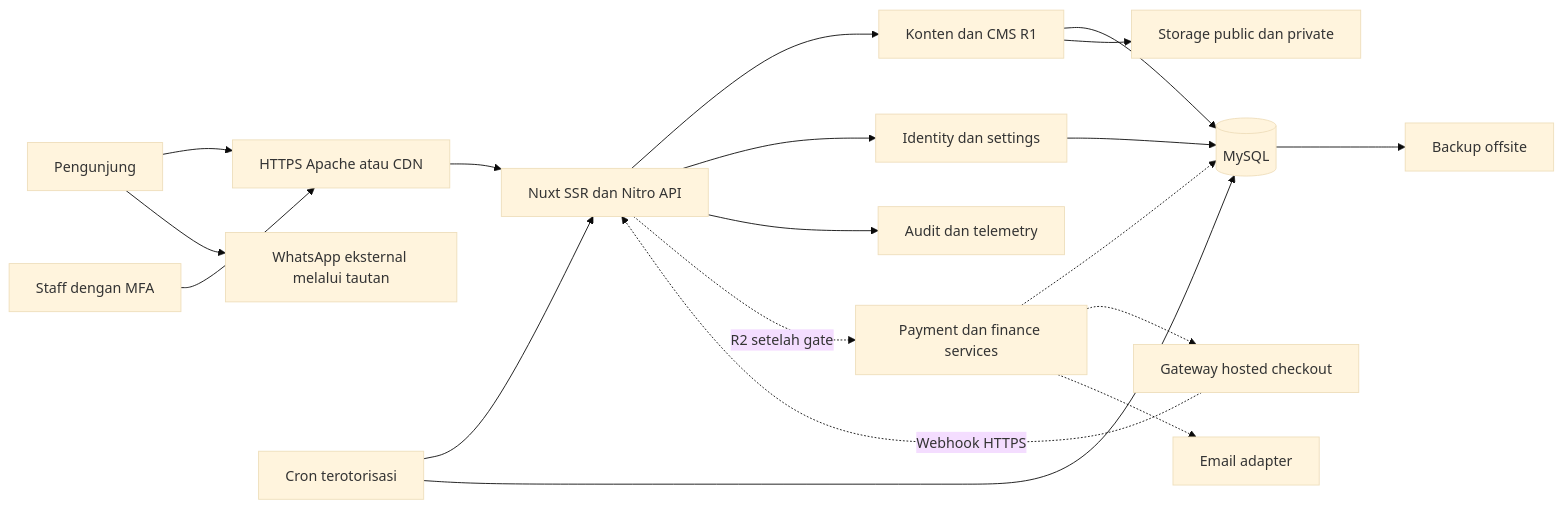
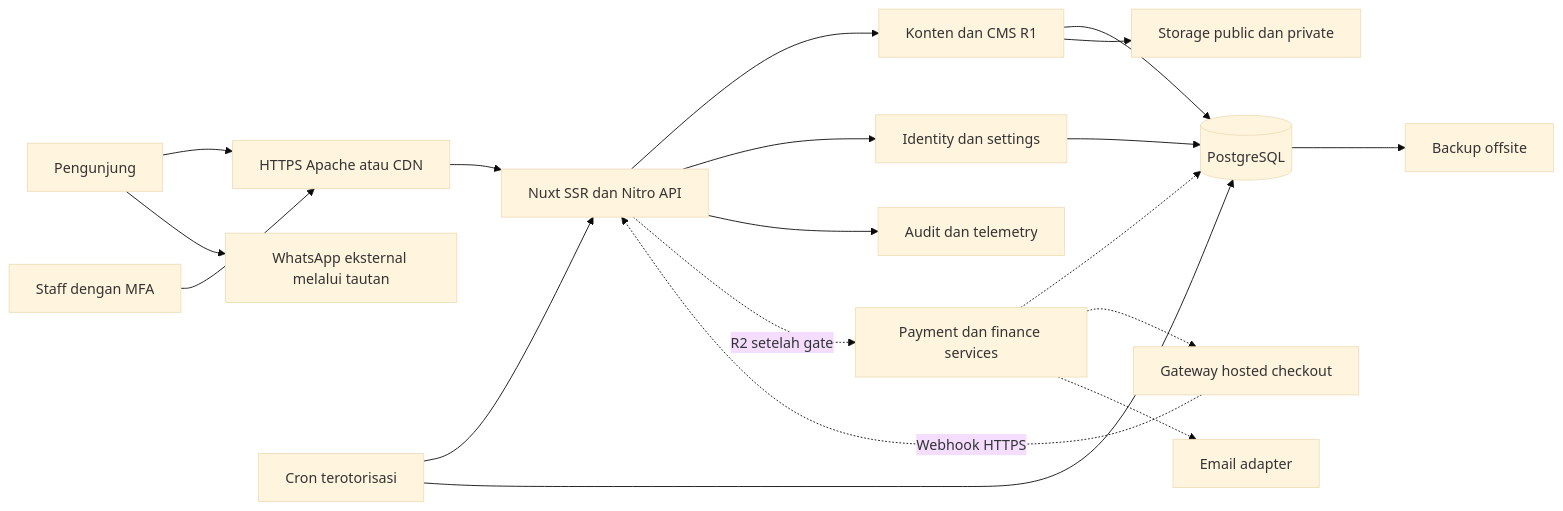
Before and after one commit to ariefmavlana/shareat: the first of 3 diagrams in docs/SDD.md, drawn with Mermaid (base theme). The commit also changed other lines of this file and 189 other files, not shown here.

First line of the commit message:
feat: build Nuxt R1 with PostgreSQL CMS and WhatsApp (#2)

````diff
--- a/docs/SDD.md
+++ b/docs/SDD.md
@@ -31,21 +31,21 @@
 ```mermaid
 flowchart LR
   U[Pengunjung] --> E[HTTPS Apache atau CDN]
   S[Staff dengan MFA] --> E
   E --> N[Nuxt SSR dan Nitro API]
   N --> P[Konten dan CMS R1]
   N --> A[Identity dan settings]
-  P --> D[(MySQL)]
+  P --> D[(PostgreSQL)]
   A --> D
   P --> O[Storage public dan private]
   N --> L[Audit dan telemetry]
   U --> W[WhatsApp eksternal melalui tautan]
   J[Cron terotorisasi] --> N
   J --> D
   N -. R2 setelah gate .-> T[Payment dan finance services]
   T -.-> D
   T -.-> G[Gateway hosted checkout]
   G -. Webhook HTTPS .-> N
   T -.-> M[Email adapter]
   D --> B[Backup offsite]
 ```
````
